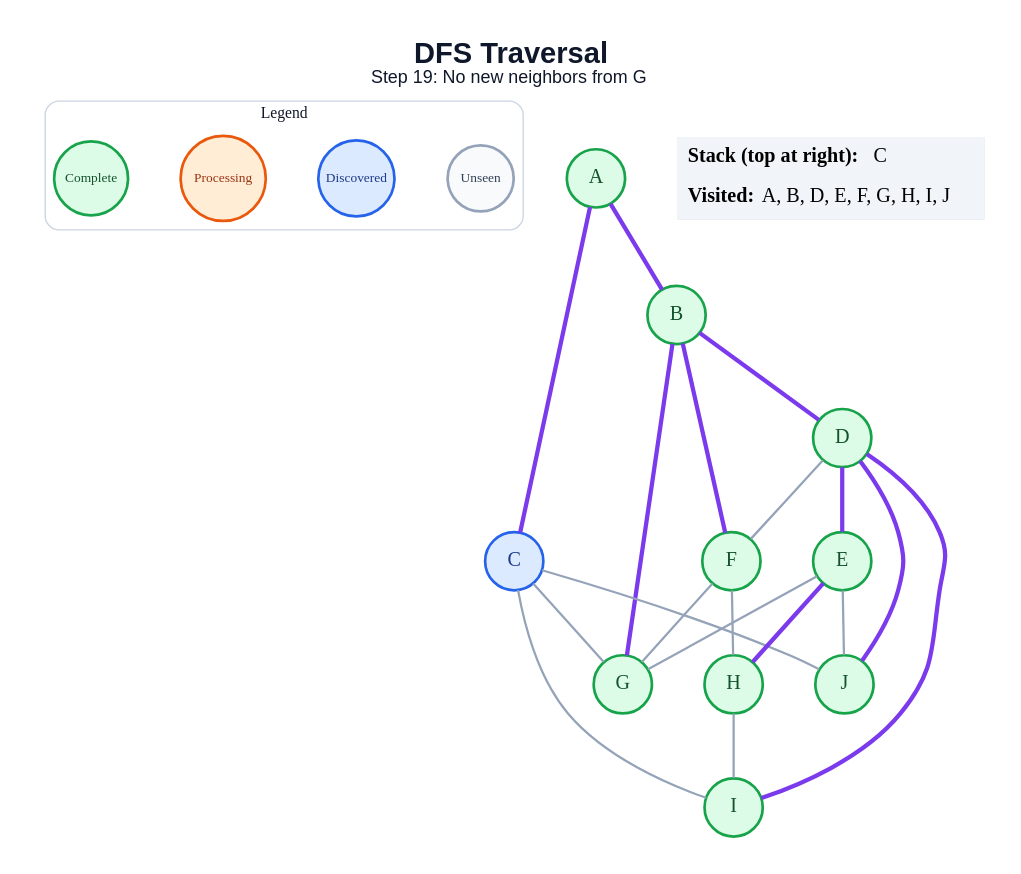
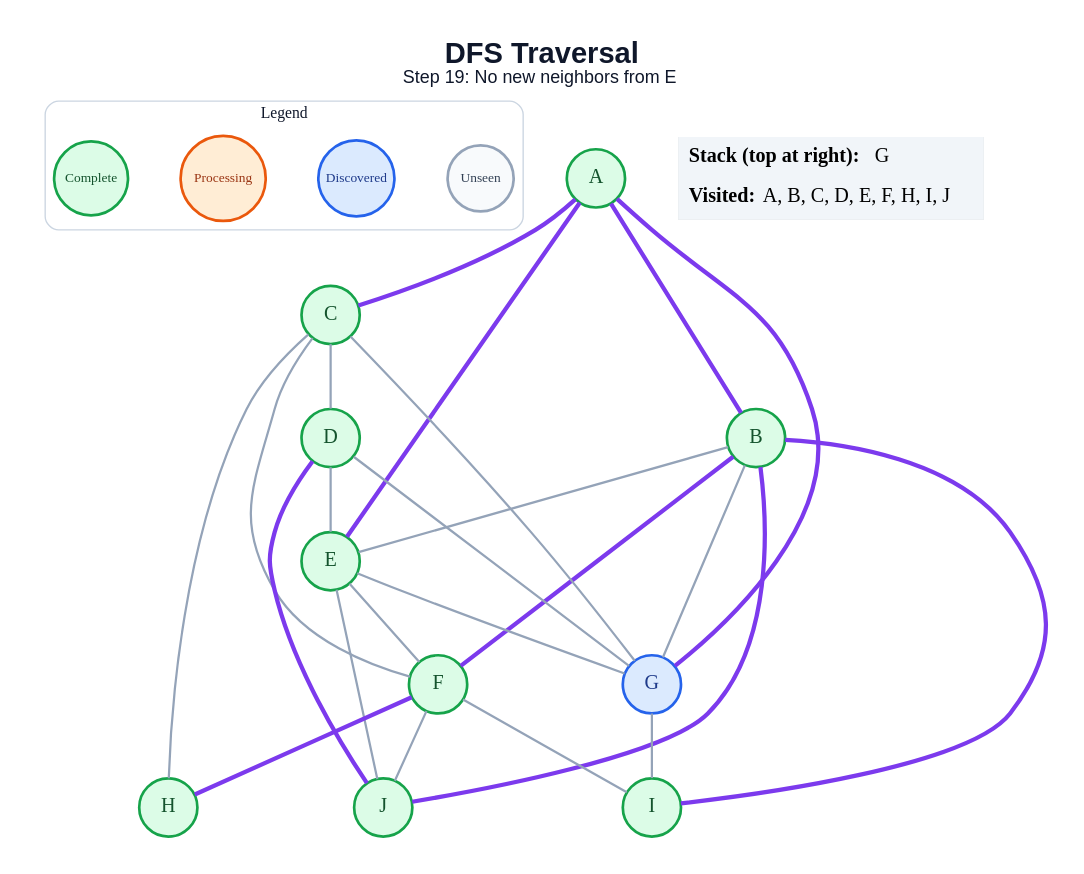
One commit to amanghodawala9/ai-slop changed the diagram in generated/dfs/step_19.dot. Above: the diagram before and after it, drawn with Graphviz. The commit also changed 178 other files, not shown here.

```diff
--- a/generated/dfs/step_19.dot
+++ b/generated/dfs/step_19.dot
@@ -1,47 +1,52 @@
 graph traversal {
   graph [layout=dot, rankdir=TB, bgcolor="#FFFFFF", pad="0.35", nodesep="0.65", ranksep="0.8", fontname="Arial"];
   node [shape=circle, style="filled", fontname="Arial Bold", fontsize=18, width=0.72, fixedsize=true, penwidth=2.4];
   edge [color="#94A3B8", penwidth=2.0];
-  label=<<B>DFS Traversal</B><BR/><FONT POINT-SIZE="16">Step 19: No new neighbors from G</FONT>>; labelloc="t"; fontsize=26; fontname="Arial"; fontcolor="#0F172A";
+  label=<<B>DFS Traversal</B><BR/><FONT POINT-SIZE="16">Step 19: No new neighbors from E</FONT>>; labelloc="t"; fontsize=26; fontname="Arial"; fontcolor="#0F172A";
   subgraph cluster_legend { label="Legend"; color="#CBD5E1"; penwidth=1.2; style="rounded"; fontsize=14; fontname="Arial Bold";
     key_unseen [label="Unseen", fillcolor="#F8FAFC", color="#94A3B8", fontcolor="#334155", fontsize=12, width=0.82];
     key_frontier [label="Discovered", fillcolor="#DBEAFE", color="#2563EB", fontcolor="#1E3A8A", fontsize=12, width=0.95];
     key_current [label="Processing", fillcolor="#FFEDD5", color="#EA580C", fontcolor="#9A3412", fontsize=12, width=1.05];
     key_done [label="Complete", fillcolor="#DCFCE7", color="#16A34A", fontcolor="#14532D", fontsize=12, width=0.92];
     { rank=same; key_unseen; key_frontier; key_current; key_done; }
   }
   A [fillcolor="#DCFCE7", color="#16A34A", fontcolor="#14532D"];
   B [fillcolor="#DCFCE7", color="#16A34A", fontcolor="#14532D"];
-  C [fillcolor="#DBEAFE", color="#2563EB", fontcolor="#1E3A8A"];
+  C [fillcolor="#DCFCE7", color="#16A34A", fontcolor="#14532D"];
   D [fillcolor="#DCFCE7", color="#16A34A", fontcolor="#14532D"];
   E [fillcolor="#DCFCE7", color="#16A34A", fontcolor="#14532D"];
   F [fillcolor="#DCFCE7", color="#16A34A", fontcolor="#14532D"];
-  G [fillcolor="#DCFCE7", color="#16A34A", fontcolor="#14532D"];
+  G [fillcolor="#DBEAFE", color="#2563EB", fontcolor="#1E3A8A"];
   H [fillcolor="#DCFCE7", color="#16A34A", fontcolor="#14532D"];
   I [fillcolor="#DCFCE7", color="#16A34A", fontcolor="#14532D"];
   J [fillcolor="#DCFCE7", color="#16A34A", fontcolor="#14532D"];
   A -- B [color="#7C3AED", penwidth=3.8];
   A -- C [color="#7C3AED", penwidth=3.8];
-  B -- D [color="#7C3AED", penwidth=3.8];
+  A -- E [color="#7C3AED", penwidth=3.8];
+  A -- G [color="#7C3AED", penwidth=3.8];
+  B -- E;
   B -- F [color="#7C3AED", penwidth=3.8];
-  B -- G [color="#7C3AED", penwidth=3.8];
+  B -- G;
+  B -- I [color="#7C3AED", penwidth=3.8];
+  B -- J [color="#7C3AED", penwidth=3.8];
+  C -- D;
+  C -- F;
   C -- G;
-  C -- I;
-  C -- J;
-  D -- E [color="#7C3AED", penwidth=3.8];
-  D -- F;
-  D -- I [color="#7C3AED", penwidth=3.8];
+  C -- H;
+  D -- E;
+  D -- G;
   D -- J [color="#7C3AED", penwidth=3.8];
+  E -- F;
   E -- G;
-  E -- H [color="#7C3AED", penwidth=3.8];
   E -- J;
-  F -- G;
-  F -- H;
-  H -- I;
+  F -- H [color="#7C3AED", penwidth=3.8];
+  F -- I;
+  F -- J;
+  G -- I;
   status [shape=plain, fixedsize=false, width=0, height=0, margin=0, label=<
     <TABLE BORDER="0" CELLBORDER="0" CELLPADDING="7" BGCOLOR="#F1F5F9">
-      <TR><TD ALIGN="LEFT"><B>Stack (top at right):</B> C</TD></TR>
-      <TR><TD ALIGN="LEFT"><B>Visited:</B> A, B, D, E, F, G, H, I, J</TD></TR>
+      <TR><TD ALIGN="LEFT"><B>Stack (top at right):</B> G</TD></TR>
+      <TR><TD ALIGN="LEFT"><B>Visited:</B> A, B, C, D, E, F, H, I, J</TD></TR>
     </TABLE>
   >];
 }
```
